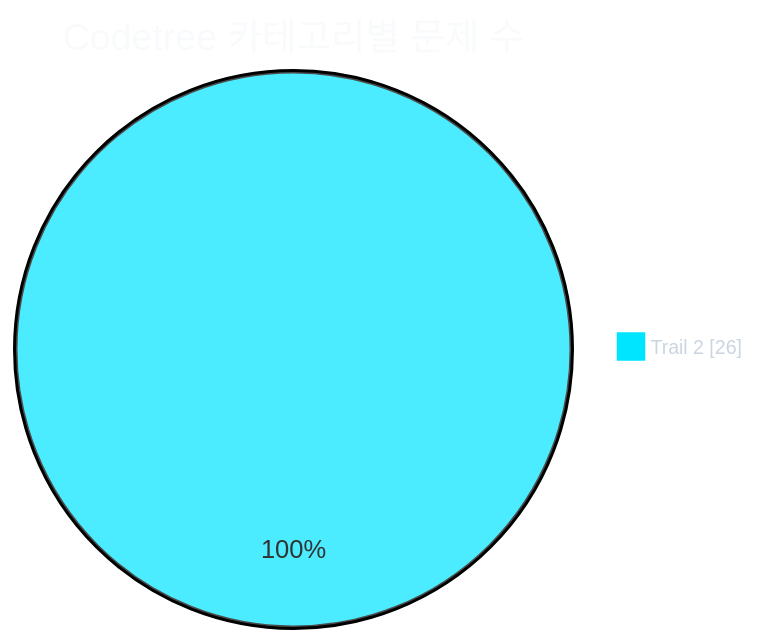
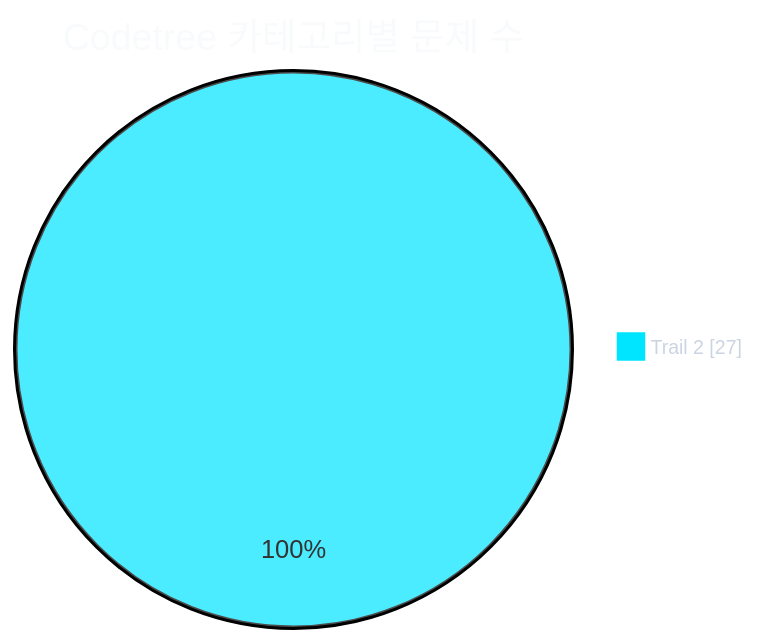
Before and after one commit to CHOOSLA/Algorithm: the first of 2 diagrams in readme.md, drawn with Mermaid. The commit also changed other lines of this file and 2 other files, not shown here.

````diff
--- a/readme.md
+++ b/readme.md
@@ -31,21 +31,21 @@
 ```mermaid
 ---
 config:
   theme: base
   themeVariables:
     background: '#0d1117'
     pieTitleTextColor: '#f8fafc'
     pieLegendTextColor: '#cbd5e1'
     pieLegendTextSize: '13px'
     pie1: '#00e5ff'
     pie2: '#22c55e'
     pie3: '#f59e0b'
     pie4: '#a855f7'
     pie5: '#ec4899'
     pie6: '#3b82f6'
     pie7: '#64748b'
 ---
 pie showData
   title Codetree 카테고리별 문제 수
-  "Trail 2" : 26
+  "Trail 2" : 27
 ```
````
